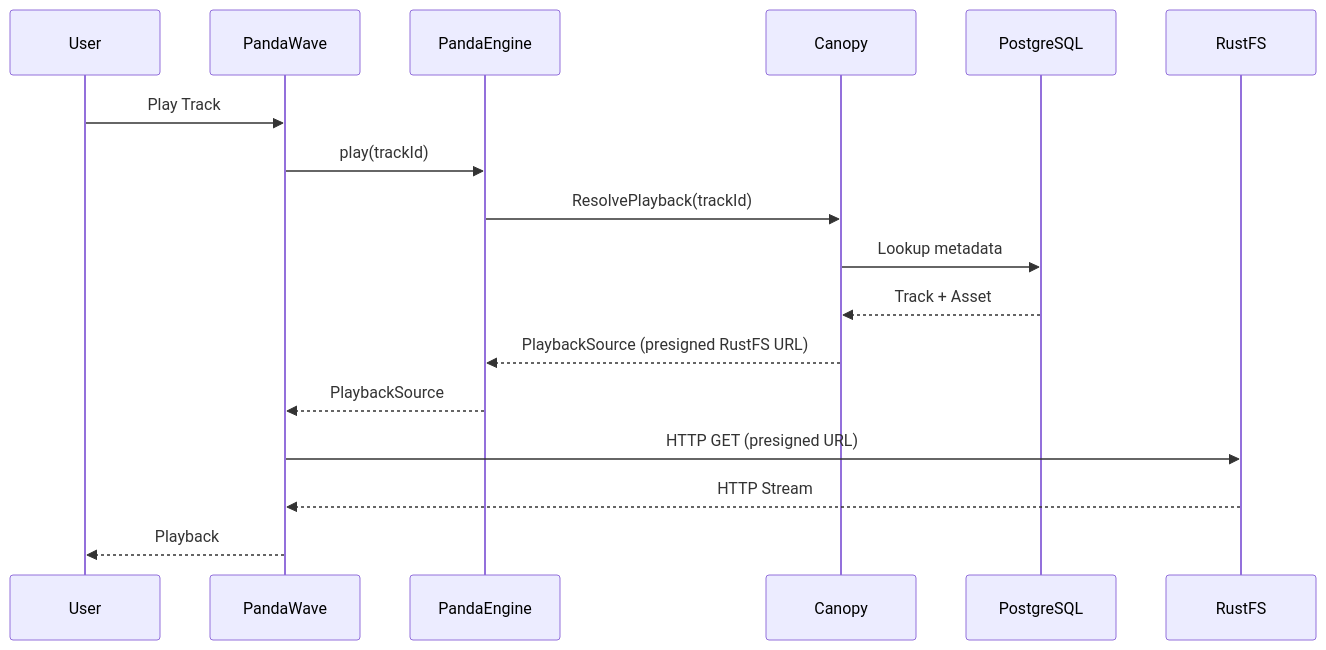
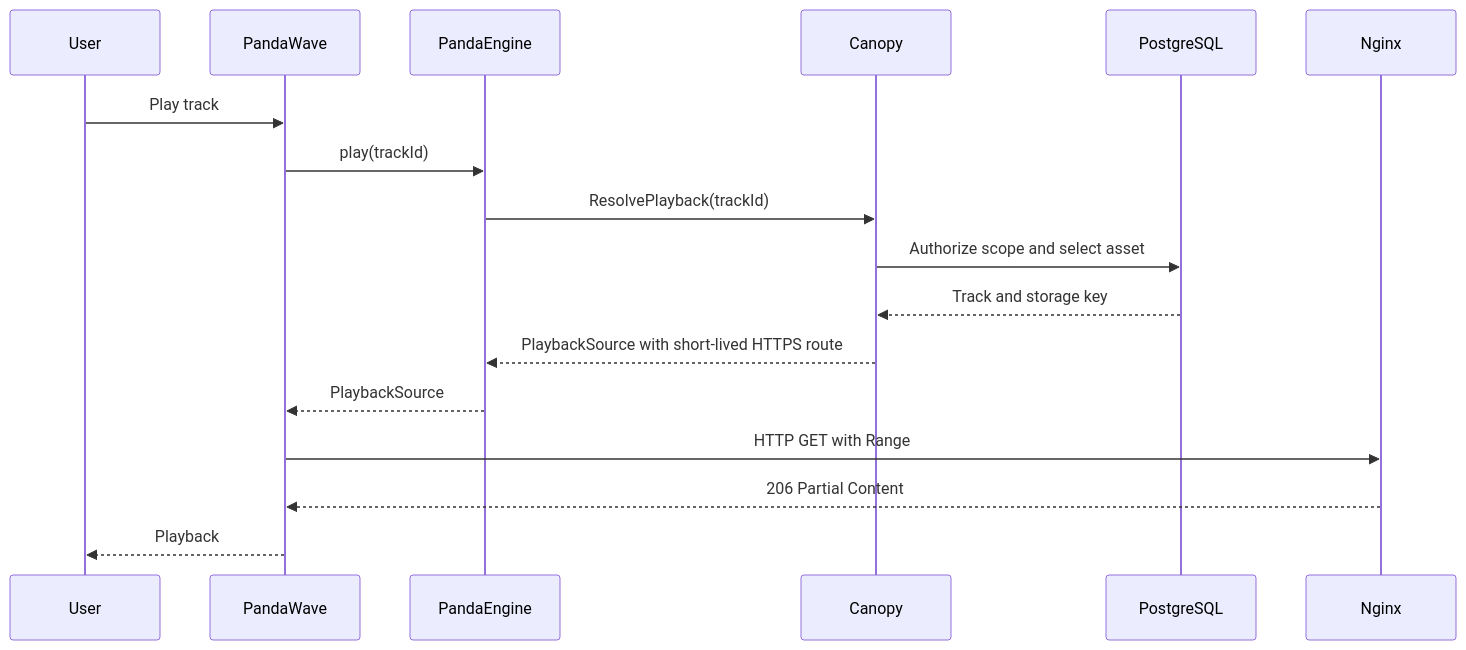
Before and after one commit to adrianrusu16/Canopy: the fifth of 7 diagrams in README.md, drawn with Mermaid. The commit also changed other lines of this file and 20 other files, not shown here.

````diff
--- a/README.md
+++ b/README.md
@@ -454,30 +434,20 @@
 ```mermaid
 sequenceDiagram
-
     participant User
     participant PandaWave
     participant PandaEngine
     participant Canopy
     participant PostgreSQL
-    participant RustFS
+    participant Nginx
 
-    User->>PandaWave: Play Track
-
+    User->>PandaWave: Play track
     PandaWave->>PandaEngine: play(trackId)
-
     PandaEngine->>Canopy: ResolvePlayback(trackId)
-
-    Canopy->>PostgreSQL: Lookup metadata
-
-    PostgreSQL-->>Canopy: Track + Asset
-
-    Canopy-->>PandaEngine: PlaybackSource (presigned RustFS URL)
-
+    Canopy->>PostgreSQL: Authorize scope and select asset
+    PostgreSQL-->>Canopy: Track and storage key
+    Canopy-->>PandaEngine: PlaybackSource with short-lived HTTPS route
     PandaEngine-->>PandaWave: PlaybackSource
-
-    PandaWave->>RustFS: HTTP GET (presigned URL)
-
-    RustFS-->>PandaWave: HTTP Stream
-
+    PandaWave->>Nginx: HTTP GET with Range
+    Nginx-->>PandaWave: 206 Partial Content
     PandaWave-->>User: Playback
 ```
````
